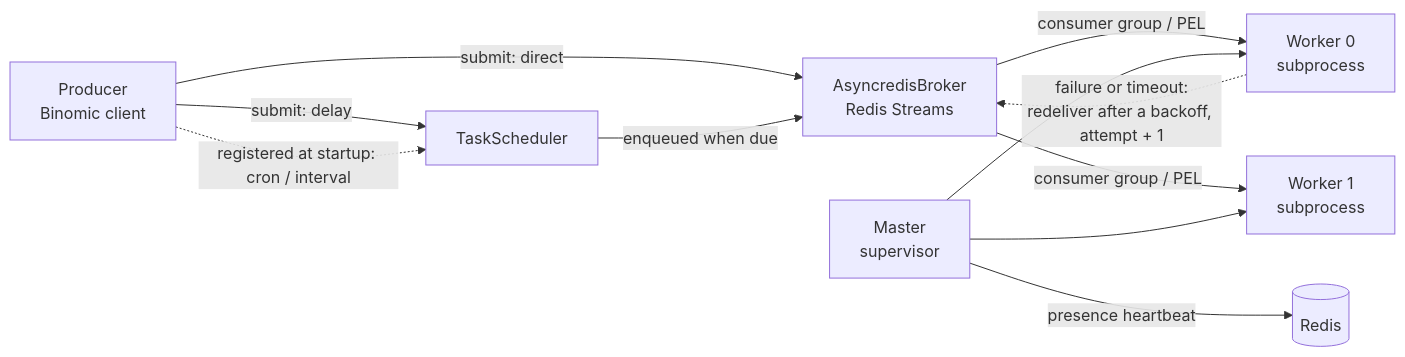
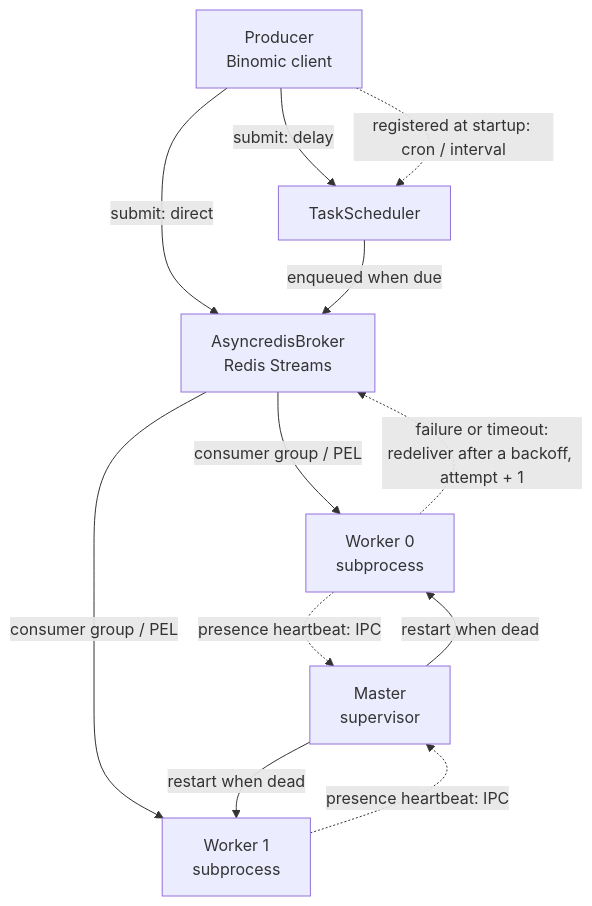
Before and after one commit to Ahsen17/binomic: the diagram in README_en.md, drawn with Mermaid. The commit also changed other lines of this file and 9 other files, not shown here.

First line of the commit message:
docs: describe the ipc presence heartbeat and drop redis_dsn

````diff
--- a/README_en.md
+++ b/README_en.md
@@ -146,13 +144,14 @@
 ```mermaid
-flowchart LR
+flowchart TD
     P[Producer<br>Binomic client] -->|submit: direct| B[AsyncredisBroker<br>Redis Streams]
     P -->|submit: delay| S[TaskScheduler]
     P -.->|registered at startup: cron / interval| S
     S -->|enqueued when due| B
     B -->|consumer group / PEL| W1[Worker 0<br>subprocess]
     B -->|consumer group / PEL| W2[Worker 1<br>subprocess]
     W1 -.->|failure or timeout:<br>redeliver after a backoff, attempt + 1| B
-    M[Master<br>supervisor] --> W1
-    M --> W2
-    M -->|presence heartbeat| R[(Redis)]
+    M[Master<br>supervisor] -->|restart when dead| W1
+    M -->|restart when dead| W2
+    W1 -.->|presence heartbeat: IPC| M
+    W2 -.->|presence heartbeat: IPC| M
 ```
````
